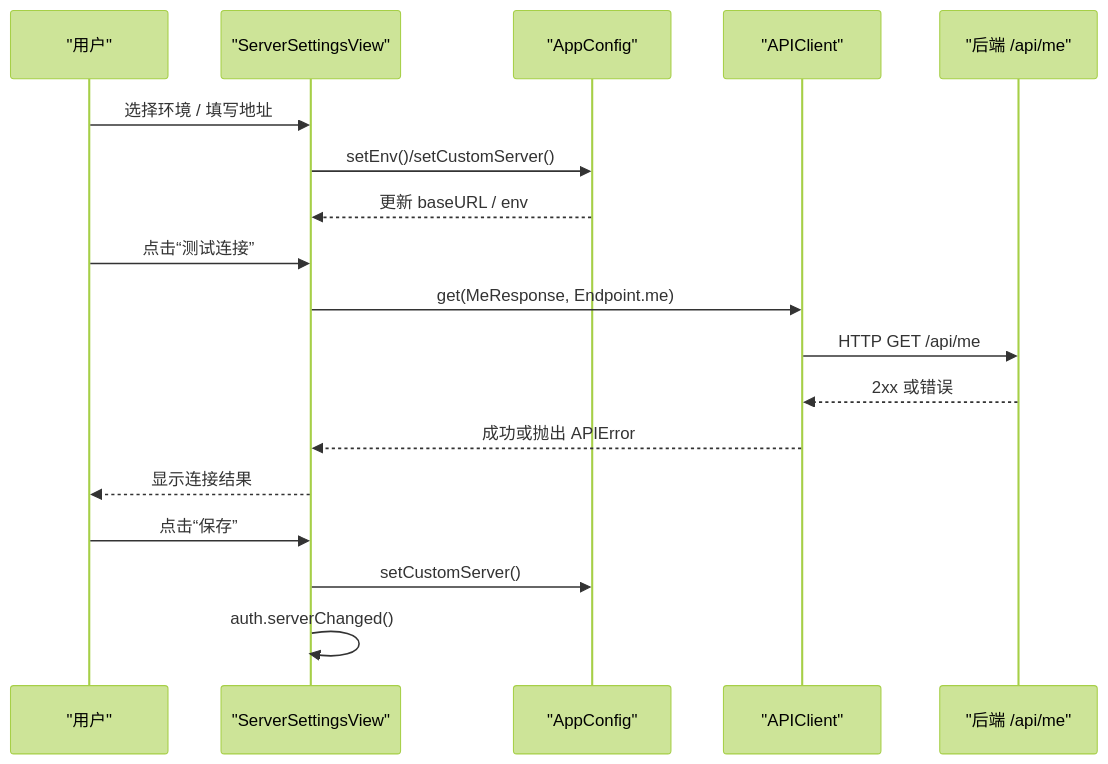
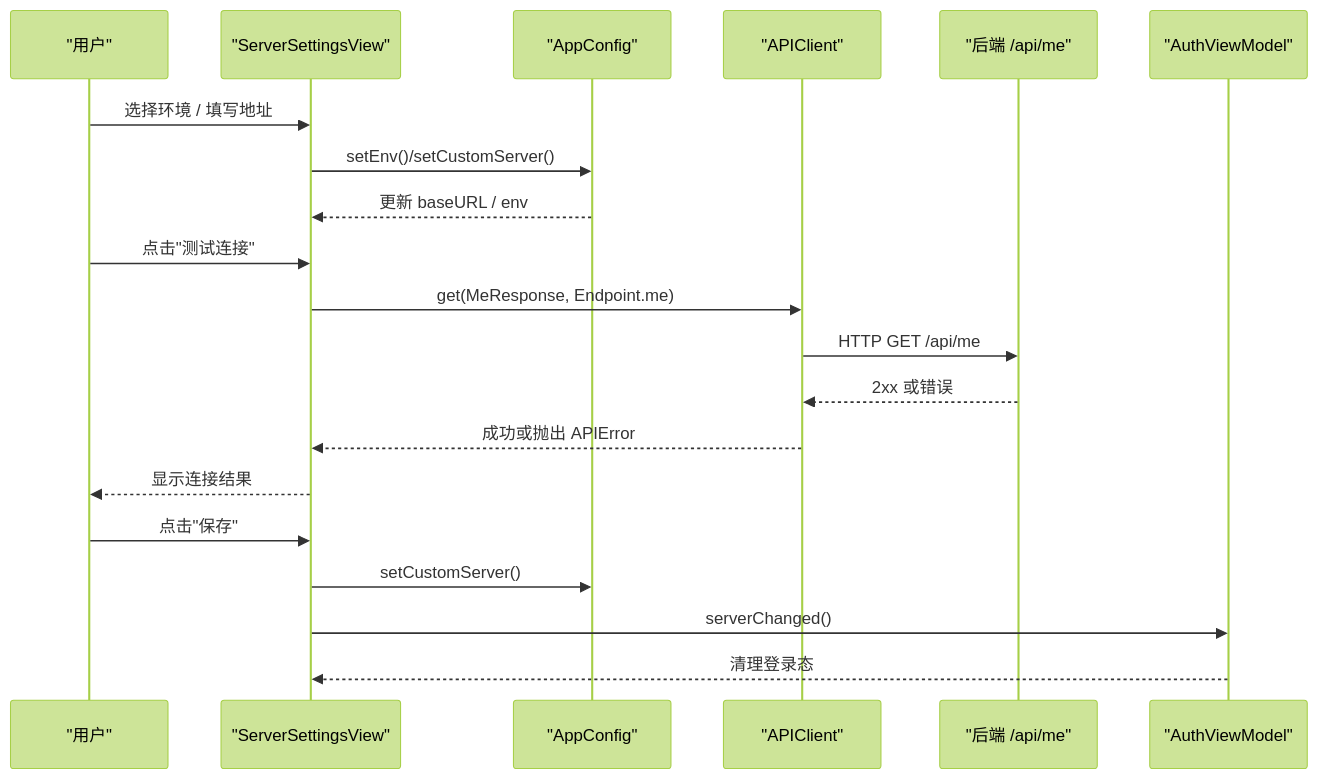
One commit to javaandnet/ainovel changed the second of 6 diagrams in .qoder/repowiki/zh/content/iOS 原生应用/认证模块/服务器设置界面.md. Above: the diagram before and after it, drawn with Mermaid (forest theme). The commit also changed other lines of this file and 89 other files, not shown here.

````diff
--- a/.qoder/repowiki/zh/content/iOS 原生应用/认证模块/服务器设置界面.md
+++ b/.qoder/repowiki/zh/content/iOS 原生应用/认证模块/服务器设置界面.md
@@ -80,20 +99,22 @@
 ```mermaid
 sequenceDiagram
 participant User as "用户"
 participant View as "ServerSettingsView"
 participant Config as "AppConfig"
 participant Net as "APIClient"
 participant API as "后端 /api/me"
+participant Auth as "AuthViewModel"
 User->>View : 选择环境 / 填写地址
 View->>Config : setEnv()/setCustomServer()
 Config-->>View : 更新 baseURL / env
-User->>View : 点击“测试连接”
+User->>View : 点击"测试连接"
 View->>Net : get(MeResponse, Endpoint.me)
 Net->>API : HTTP GET /api/me
 API-->>Net : 2xx 或错误
 Net-->>View : 成功或抛出 APIError
 View-->>User : 显示连接结果
-User->>View : 点击“保存”
+User->>View : 点击"保存"
 View->>Config : setCustomServer()
-View->>View : auth.serverChanged()
+View->>Auth : serverChanged()
+Auth-->>View : 清理登录态
 ```
````
